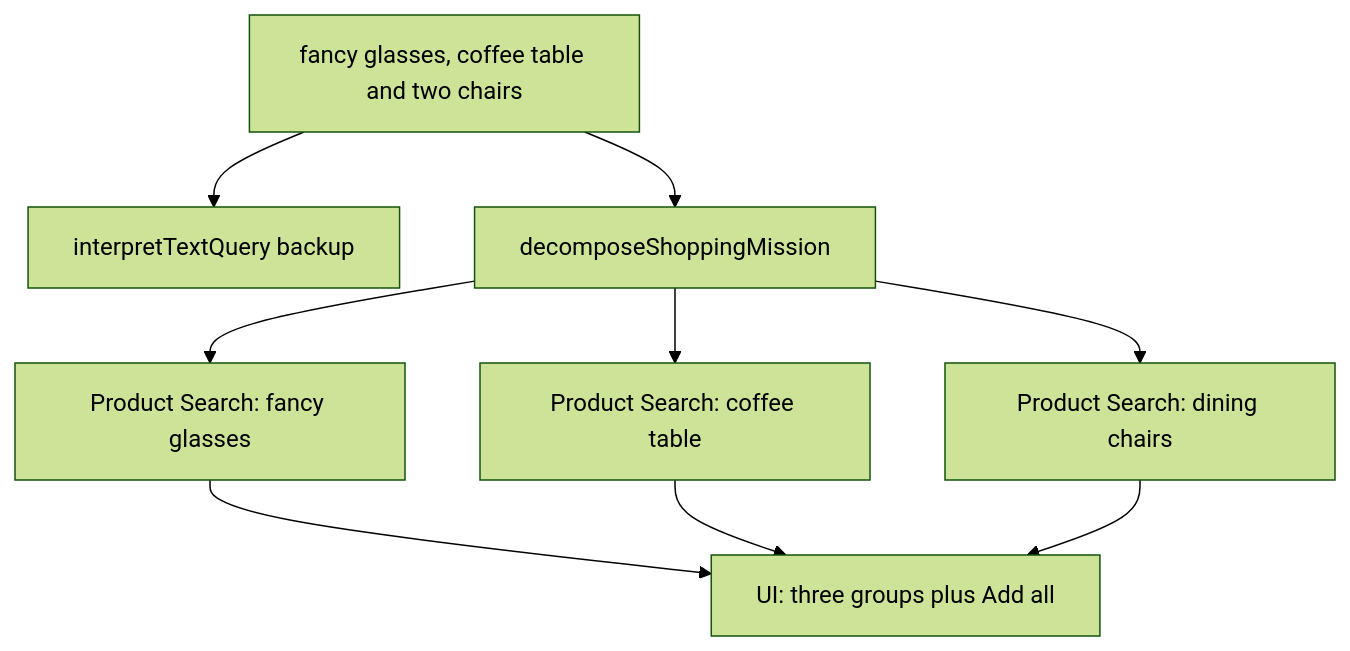
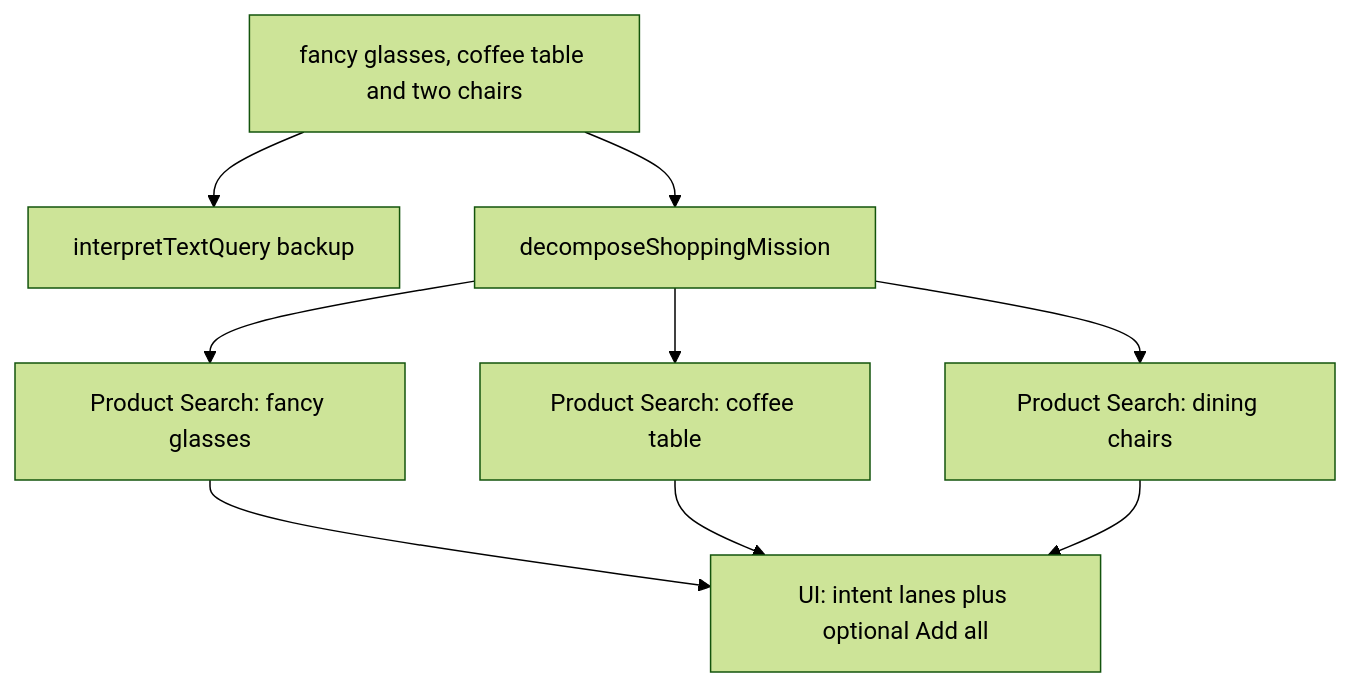
Before and after one commit to tomasz-miller/commerce-ai-tool: the fourth of 4 diagrams in docs/search-pipeline.md, drawn with Mermaid (forest theme). The commit also changed other lines of this file and 27 other files, not shown here.

````diff
--- a/docs/search-pipeline.md
+++ b/docs/search-pipeline.md
@@ -318,19 +322,19 @@
 ```mermaid
 flowchart TD
   q["fancy glasses, coffee table and two chairs"]
   interpret["interpretTextQuery backup"]
   mission["decomposeShoppingMission"]
   g1["Product Search: fancy glasses"]
   g2["Product Search: coffee table"]
   g3["Product Search: dining chairs"]
-  ui["UI: three groups plus Add all"]
+  ui["UI: intent lanes plus optional Add all"]
 
   q --> interpret
   q --> mission
   mission --> g1
   mission --> g2
   mission --> g3
   g1 --> ui
   g2 --> ui
   g3 --> ui
 ```
````
